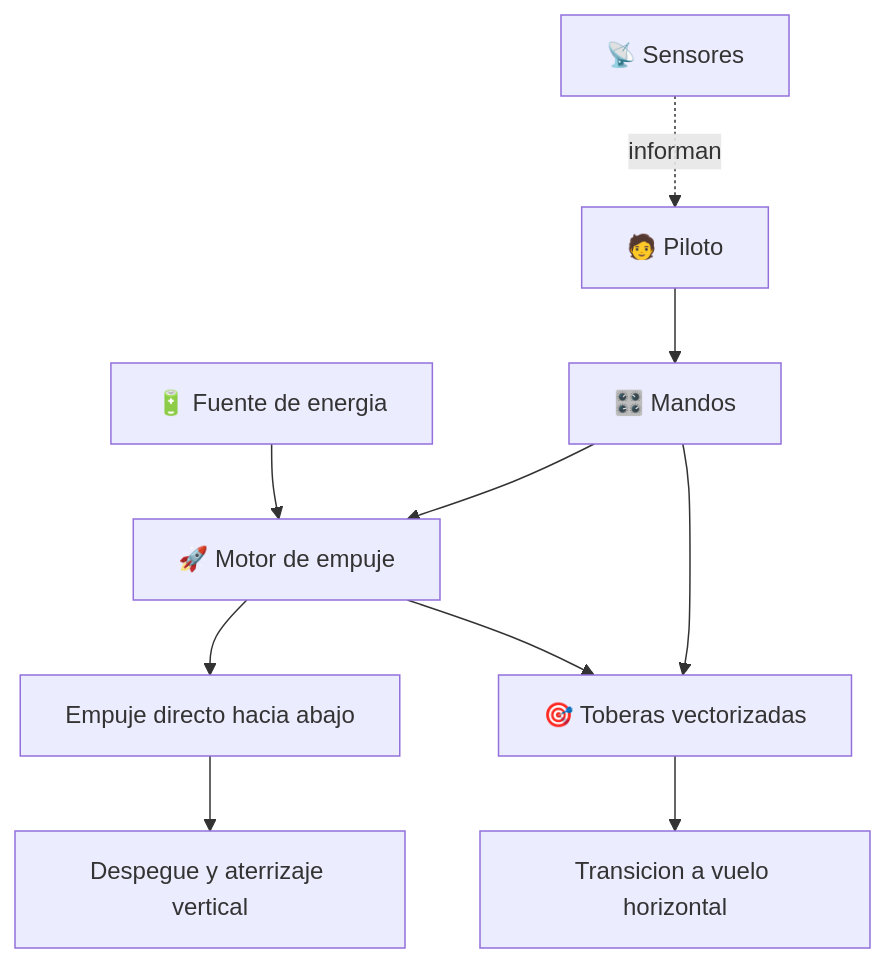
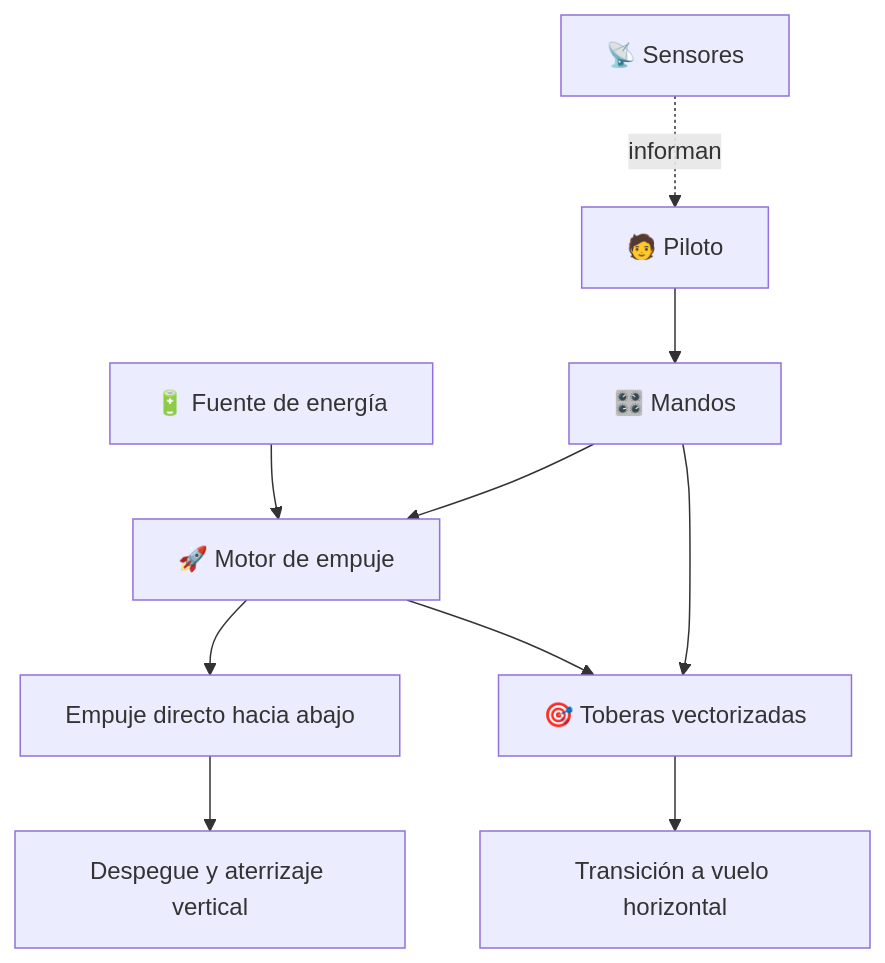
Before and after one commit to vladimiracunadev-create/machine-operator-program: the diagram in vehiculos-fantasticos/thunderbird-1/README.md, drawn with Mermaid. The commit also changed other lines of this file and 442 other files, not shown here.

````diff
--- a/vehiculos-fantasticos/thunderbird-1/README.md
+++ b/vehiculos-fantasticos/thunderbird-1/README.md
@@ -34,12 +34,12 @@
 ```mermaid
 flowchart TD
-    Energia[🔋 Fuente de energia] --> Motor[🚀 Motor de empuje]
+    Energia[🔋 Fuente de energía] --> Motor[🚀 Motor de empuje]
     Motor --> Vertical[Empuje directo hacia abajo]
     Motor --> Toberas[🎯 Toberas vectorizadas]
     Vertical --> Despegue[Despegue y aterrizaje vertical]
-    Toberas --> Transicion[Transicion a vuelo horizontal]
+    Toberas --> Transicion[Transición a vuelo horizontal]
     Piloto[🧑 Piloto] --> Mandos[🎛️ Mandos]
     Mandos --> Motor
     Mandos --> Toberas
     Sensores[📡 Sensores] -. informan .-> Piloto
 ```
````
